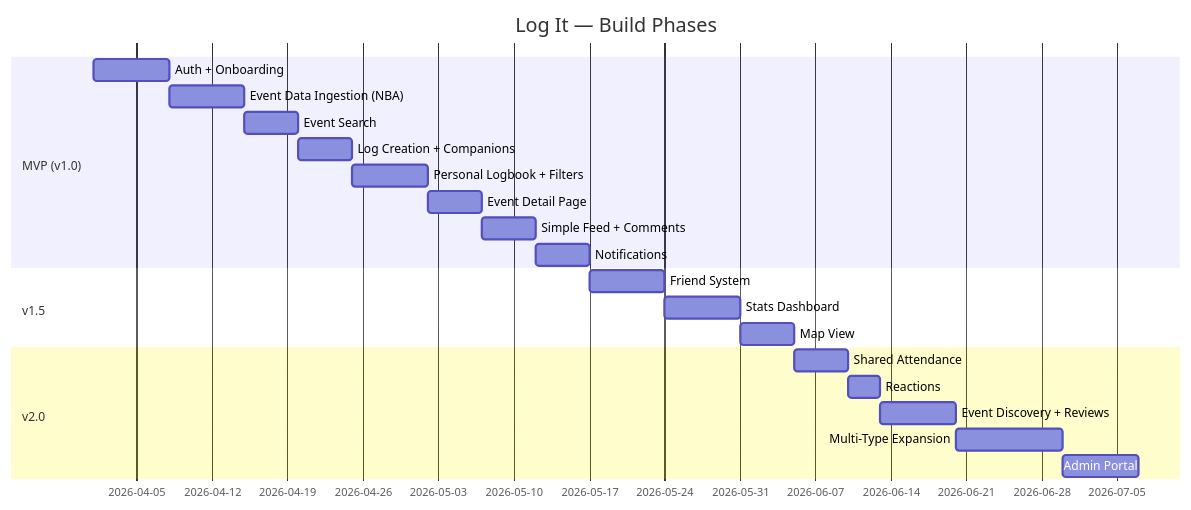
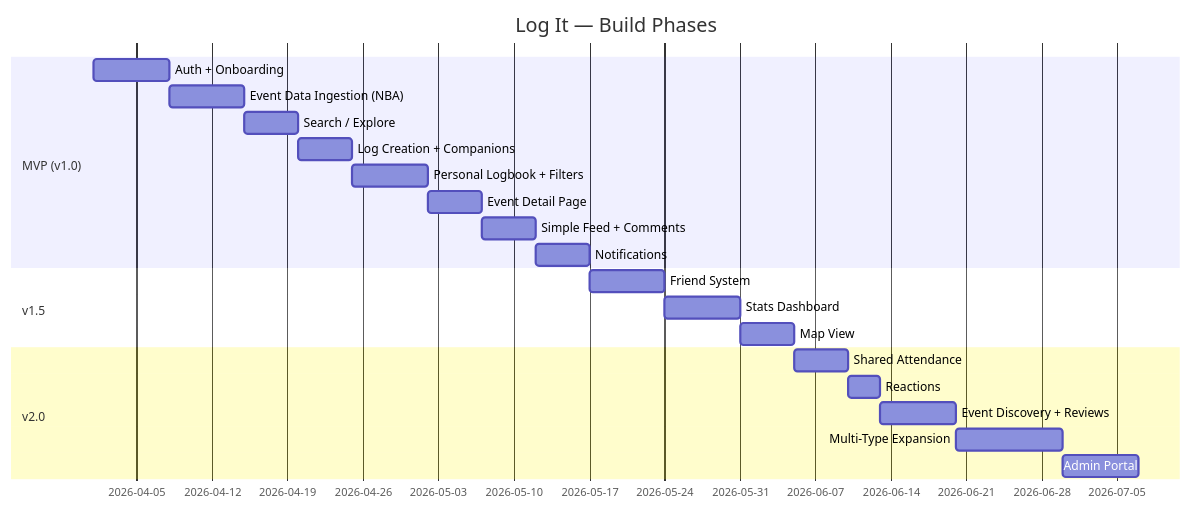
One commit to jonahr4/LogIt changed the diagram in docs/FEATURE_ROADMAP.md. Above: the diagram before and after it, drawn with Mermaid. The commit also changed other lines of this file and 4 other files, not shown here.

Commit message:
feat: add search and explore tab with filtering and event discovery functionality

````diff
--- a/docs/FEATURE_ROADMAP.md
+++ b/docs/FEATURE_ROADMAP.md
@@ -8,24 +8,24 @@
 ```mermaid
 gantt
     title Log It — Build Phases
     dateFormat  YYYY-MM-DD
     section MVP (v1.0)
     Auth + Onboarding           :a1, 2026-04-01, 7d
     Event Data Ingestion (NBA)  :a2, after a1, 7d
-    Event Search                :a3, after a2, 5d
+    Search / Explore            :a3, after a2, 5d
     Log Creation + Companions   :a4, after a3, 5d
     Personal Logbook + Filters  :a5, after a4, 7d
     Event Detail Page           :a6, after a5, 5d
     Simple Feed + Comments      :a7, after a6, 5d
     Notifications               :a8, after a7, 5d
     section v1.5
     Friend System               :b1, after a8, 7d
     Stats Dashboard             :b2, after b1, 7d
     Map View                    :b3, after b2, 5d
     section v2.0
     Shared Attendance           :c1, after b3, 5d
     Reactions                   :c2, after c1, 3d
     Event Discovery + Reviews   :c3, after c2, 7d
     Multi-Type Expansion        :c4, after c3, 10d
     Admin Portal                :c5, after c4, 7d
 ```
````
